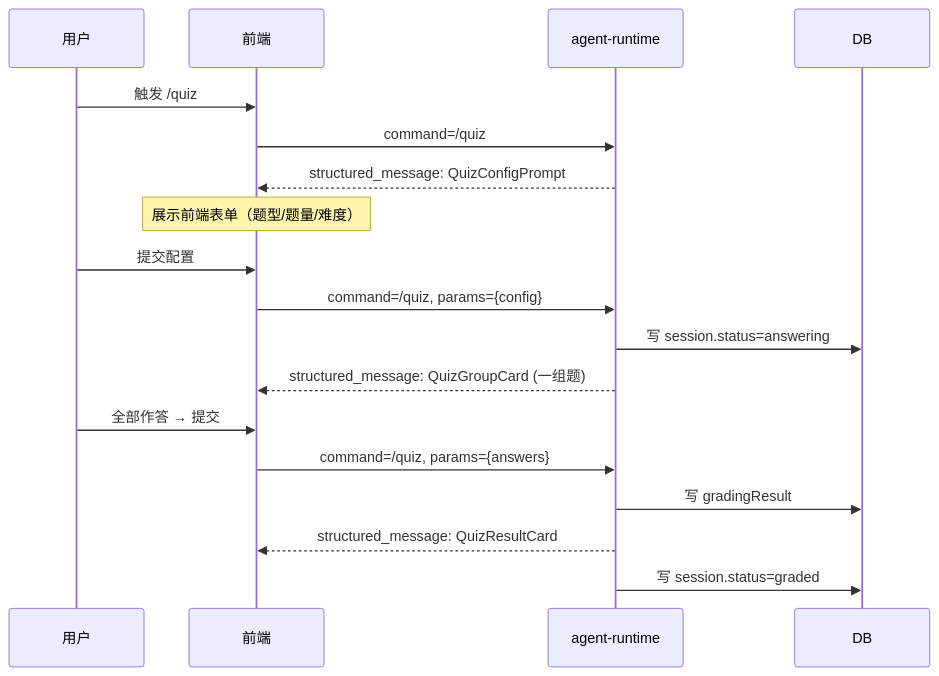
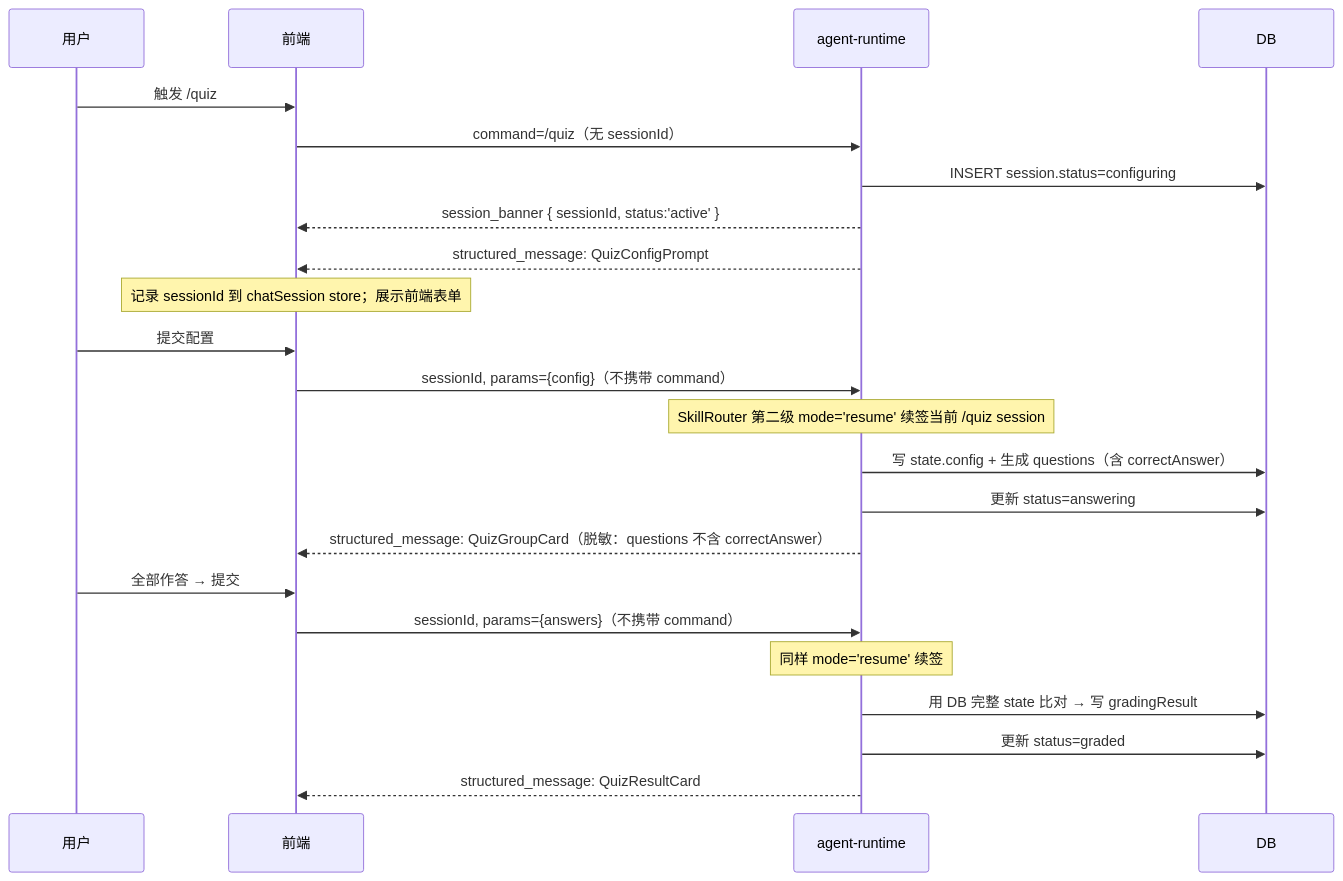
The third of 3 diagrams in .kiro/specs/noter-agent/design.md (Jett191/noter), drawn with Mermaid before and after one commit. The commit also changed other lines of this file and 77 other files, not shown here.

````diff
--- a/.kiro/specs/noter-agent/design.md
+++ b/.kiro/specs/noter-agent/design.md
@@ -282,21 +290,26 @@
 ```mermaid
 sequenceDiagram
     participant U as 用户
     participant FE as 前端
     participant EF as agent-runtime
     participant DB as DB
 
     U->>FE: 触发 /quiz
-    FE->>EF: command=/quiz
+    FE->>EF: command=/quiz（无 sessionId）
+    EF->>DB: INSERT session.status=configuring
+    EF-->>FE: session_banner { sessionId, status:'active' }
     EF-->>FE: structured_message: QuizConfigPrompt
-    Note over FE: 展示前端表单（题型/题量/难度）
+    Note over FE: 记录 sessionId 到 chatSession store；展示前端表单
     U->>FE: 提交配置
-    FE->>EF: command=/quiz, params={config}
-    EF->>DB: 写 session.status=answering
-    EF-->>FE: structured_message: QuizGroupCard (一组题)
+    FE->>EF: sessionId, params={config}（不携带 command）
+    Note over EF: SkillRouter 第二级 mode='resume' 续签当前 /quiz session
+    EF->>DB: 写 state.config + 生成 questions（含 correctAnswer）
+    EF->>DB: 更新 status=answering
+    EF-->>FE: structured_message: QuizGroupCard（脱敏：questions 不含 correctAnswer）
     U->>FE: 全部作答 → 提交
-    FE->>EF: command=/quiz, params={answers}
-    EF->>DB: 写 gradingResult
+    FE->>EF: sessionId, params={answers}（不携带 command）
+    Note over EF: 同样 mode='resume' 续签
+    EF->>DB: 用 DB 完整 state 比对 → 写 gradingResult
+    EF->>DB: 更新 status=graded
     EF-->>FE: structured_message: QuizResultCard
-    EF->>DB: 写 session.status=graded
 ```
````
